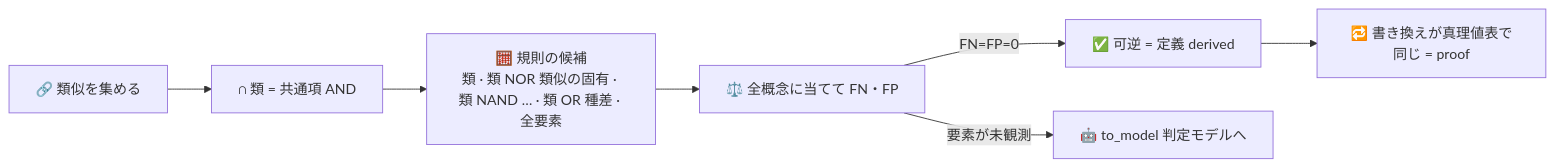
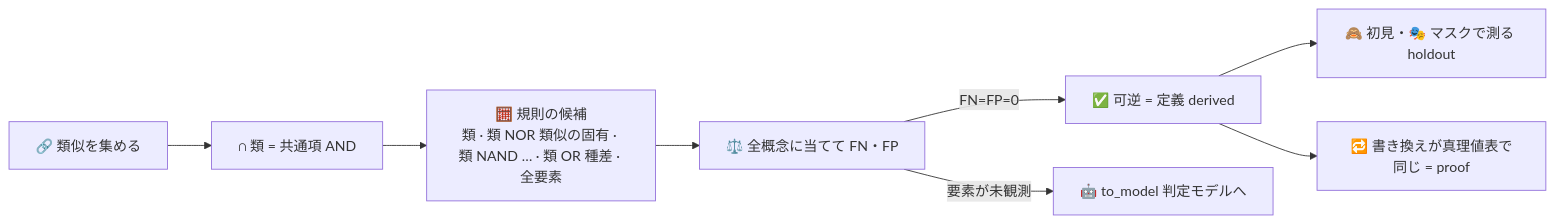
One commit to myon-bioinformatics/OnTautoLogy changed the fourth of 4 diagrams in README.md. Above: the diagram before and after it, drawn with Mermaid. The commit also changed other lines of this file and 4 other files, not shown here.

````diff
--- a/README.md
+++ b/README.md
@@ -266,9 +268,10 @@
 ```mermaid
 flowchart LR
   S[🔗 類似を集める] --> G[∩ 類 = 共通項 AND]
   G --> R[🧮 規則の候補<br/>類 · 類 NOR 類似の固有 · 類 NAND … · 類 OR 種差 · 全要素]
   R --> J[⚖️ 全概念に当てて FN・FP]
   J -->|FN=FP=0| D[✅ 可逆 = 定義 derived]
   J -->|要素が未観測| M[🤖 to_model 判定モデルへ]
+  D --> H[🙈 初見・🎭 マスクで測る holdout]
   D --> E[🔁 書き換えが真理値表で同じ = proof]
 ```
````
